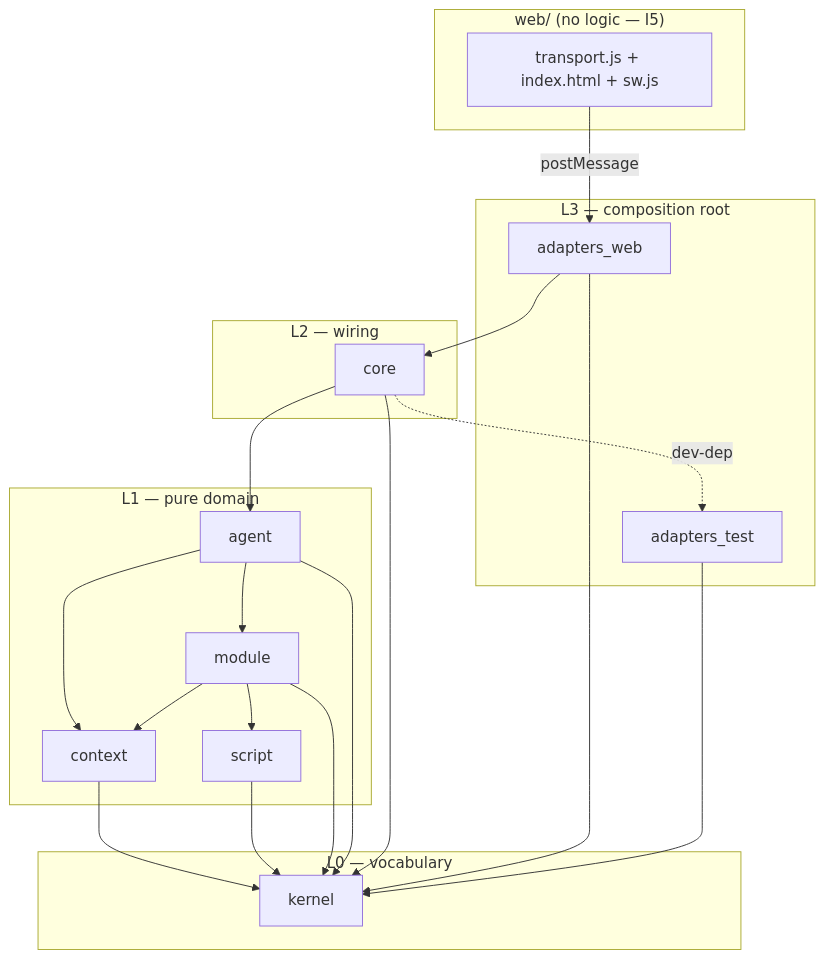
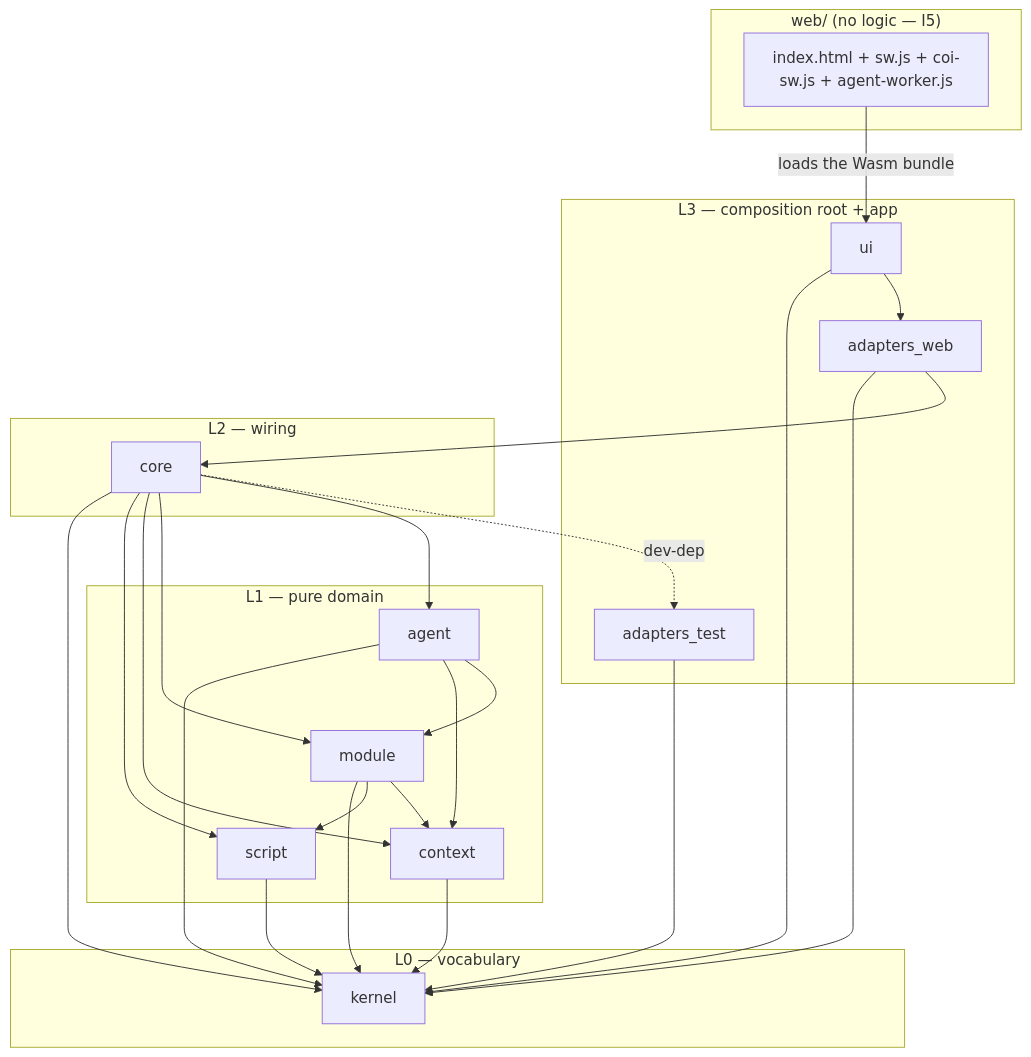
The diagram in ARCHITECTURE.md (kaush4l/ASKK), drawn with Mermaid before and after one commit. The commit also changed other lines of this file and 369 other files, not shown here.

````diff
--- a/ARCHITECTURE.md
+++ b/ARCHITECTURE.md
@@ -166,33 +178,39 @@
 ```mermaid
 graph TD
   subgraph browser["web/ (no logic — I5)"]
-    T[transport.js + index.html + sw.js]
+    T[index.html + sw.js + coi-sw.js + agent-worker.js]
   end
-  subgraph L3["L3 — composition root"]
+  subgraph L3["L3 — composition root + app"]
+    UI[ui]
     AW[adapters_web]
     AT[adapters_test]
   end
   subgraph L2["L2 — wiring"]
     CORE[core]
   end
   subgraph L1["L1 — pure domain"]
     AG[agent] --> MO[module]
     AG --> CX[context]
     MO --> CX
     MO --> SC[script]
   end
   subgraph L0["L0 — vocabulary"]
     K[kernel]
   end
-  T -->|postMessage| AW
+  T -->|loads the Wasm bundle| UI
+  UI --> AW
+  UI --> K
   AW --> CORE
   CORE -. dev-dep .-> AT
   CORE --> AG
+  CORE --> MO
+  CORE --> CX
+  CORE --> SC
   CX --> K
   SC --> K
   MO --> K
   AG --> K
   CORE --> K
   AW --> K
   AT --> K
 ```
````
